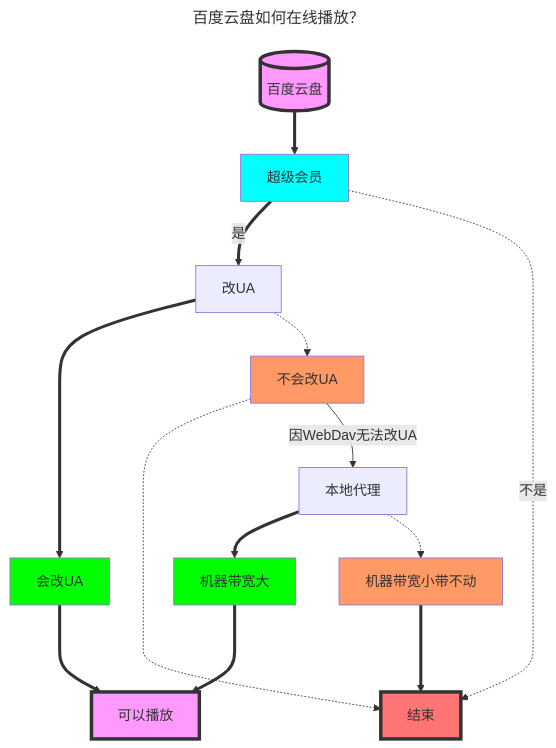
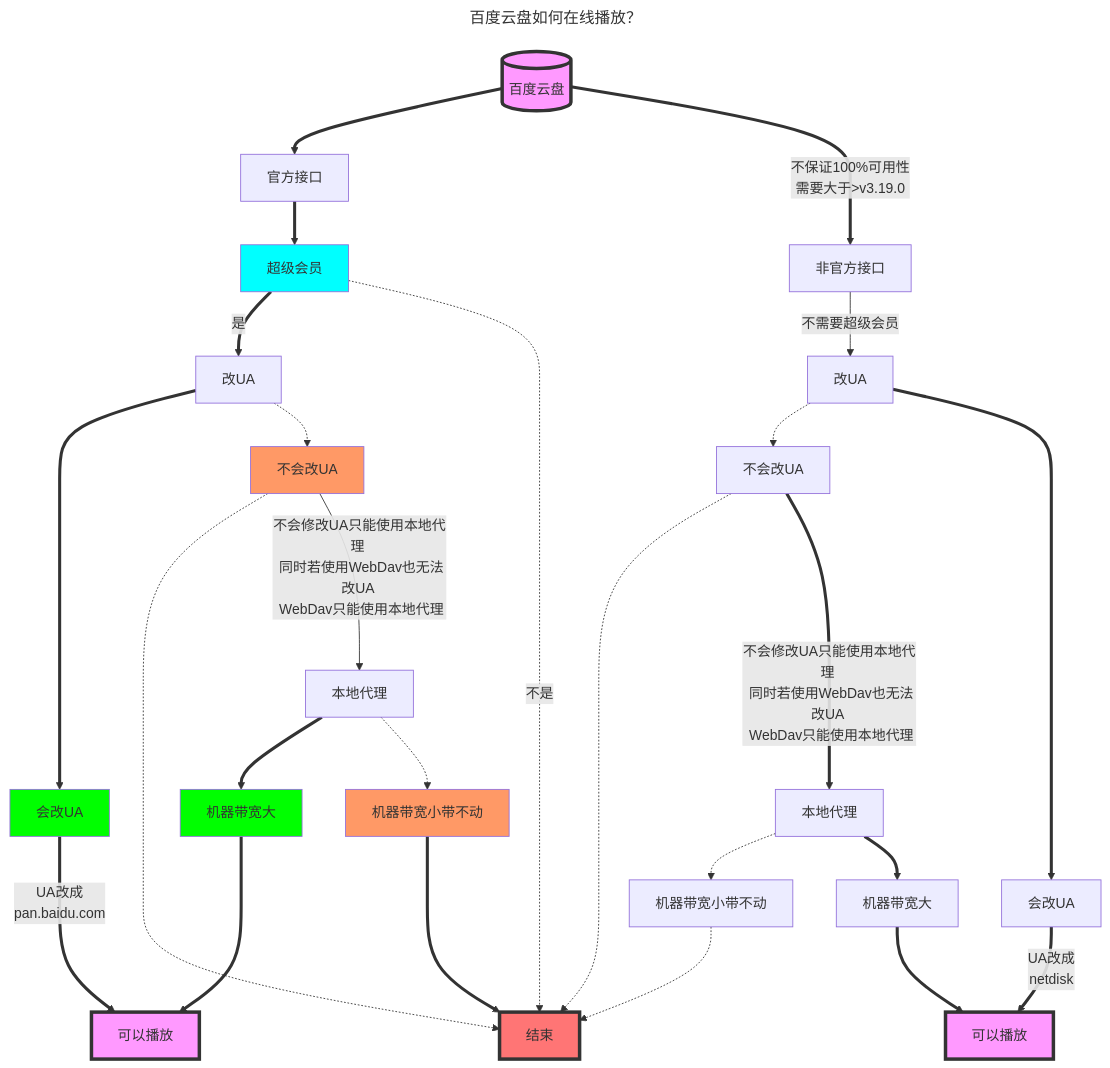
Before and after one commit to alist-org/docs: the first of 2 diagrams in docs/zh/guide/drivers/baidu.md, drawn with Mermaid. The commit also changed 12 other files, not shown here.

````diff
--- a/docs/zh/guide/drivers/baidu.md
+++ b/docs/zh/guide/drivers/baidu.md
@@ -31,35 +31,57 @@
 ```mermaid
 ---
 title: 百度云盘如何在线播放？
 ---
 flowchart TB
   style l fill:#f9f,stroke:#333,stroke-width:4px
+  style ll fill:#f9f,stroke:#333,stroke-width:4px
   style m fill:#ff7575,stroke:#333,stroke-width:4px
   style a fill:#f9f,stroke:#333,stroke-width:4px
   classDef class1 fill:#0f0
   classDef class2 fill:#0ff
   classDef class3 fill:#f96
   a[(百度云盘)]
+  1[官方接口]
+  2[非官方接口]
   b[超级会员]
   c[改UA]
   d[会改UA]
   e[不会改UA]
   f[本地代理]
   g[机器带宽大]
   k[机器带宽小带不动]
   l[可以播放]
   m[结束]
-  a ==> b
+  a ==> 1
+  1 ==> b
   b:::class2 ==>|是| c
   b -.->|不是| m
   c ==> d
   c -.-> e
-  d:::class1 ===> l
+  d:::class1 ===>|UA改成 \n pan.baidu.com| l
   e:::class3 -.-> m
-  e:::class3 -->|因WebDav无法改UA| f
+  e:::class3 -->|不会修改UA只能使用本地代理 \n 同时若使用WebDav也无法改UA \n WebDav只能使用本地代理| f
   f ==> g
   f -.-> k
   g:::class1 ===> l
   k:::class3 ===> m
-  click c,e,d,m "#添加-user-agent-使用示例"
+  a ==>|不保证100%可用性 \n 需要大于>v3.19.0| 2
+  cc[改UA]
+  dd[会改UA]
+  ee[不会改UA]
+  ff[本地代理]
+  ll[可以播放]
+  gg[机器带宽大]
+  kk[机器带宽小带不动]
+  2 --> |不需要超级会员| cc
+  cc -.-> ee
+  cc ==> dd
+  dd ==>|UA改成 \n netdisk| ll
+  ee -.-> m
+  ee ===> |不会修改UA只能使用本地代理 \n 同时若使用WebDav也无法改UA \n WebDav只能使用本地代理| ff
+  ff -.-> kk
+  ff ==> gg
+  kk -.-> m
+  gg ==> ll
+  click c,e,d,m,cc,dd,ee "#添加-user-agent-使用示例"
 ```
````
